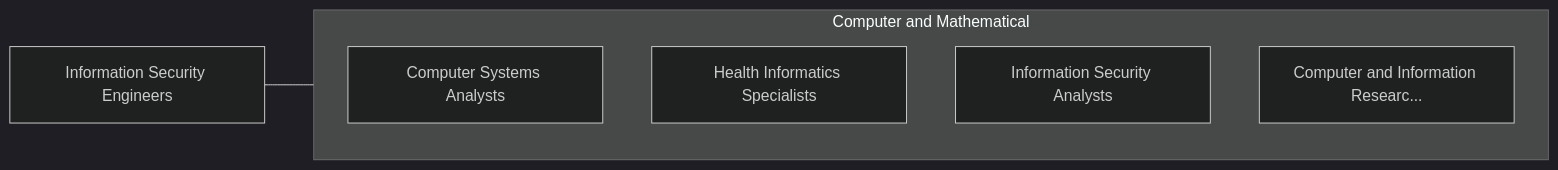
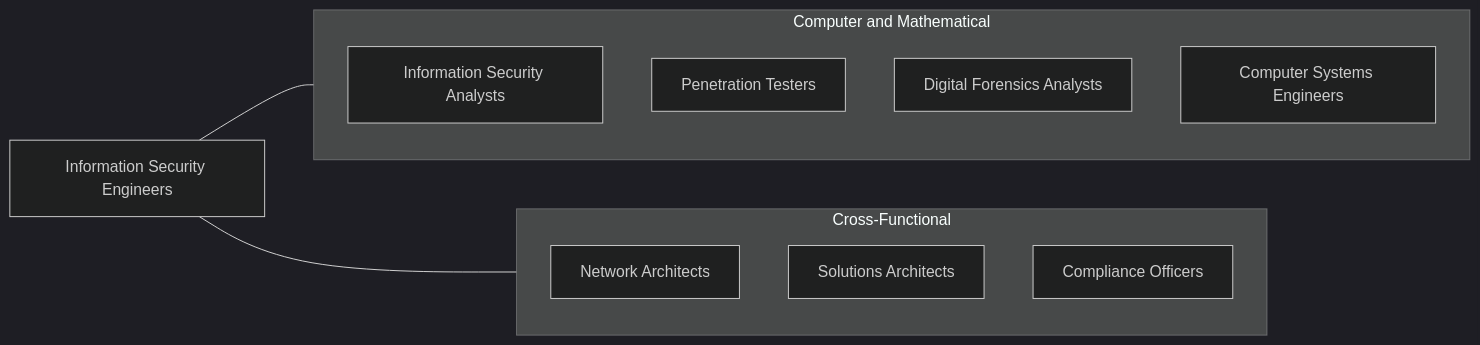
One commit to kziemski/business.org.ai changed the third of 4 diagrams in occupations/Technology/InformationSecurityEngineers.mdx. Above: the diagram before and after it, drawn with Mermaid (dark theme). The commit also changed other lines of this file and 938 other files, not shown here.

````diff
--- a/occupations/Technology/InformationSecurityEngineers.mdx
+++ b/occupations/Technology/InformationSecurityEngineers.mdx
@@ -118,13 +204,20 @@
 ```mermaid
 graph LR
     Current["Information Security Engineers"]
 
     subgraph SameCategory["Computer and Mathematical"]
-        ComputerSystemsAnaly["Computer Systems Analysts"]
-        HealthInformaticsSpe["Health Informatics Specialists"]
-        InformationSecurityA["Information Security Analysts"]
-        ComputerAndInformati["Computer and Information Researc..."]
+        ISA["Information Security Analysts"]
+        PT["Penetration Testers"]
+        DFA["Digital Forensics Analysts"]
+        CSE["Computer Systems Engineers"]
+    end
+
+    subgraph CrossFunctional["Cross-Functional"]
+        NCA["Network Architects"]
+        SA["Solutions Architects"]
+        CO["Compliance Officers"]
     end
 
     Current --- SameCategory
+    Current --- CrossFunctional
 ```
````
